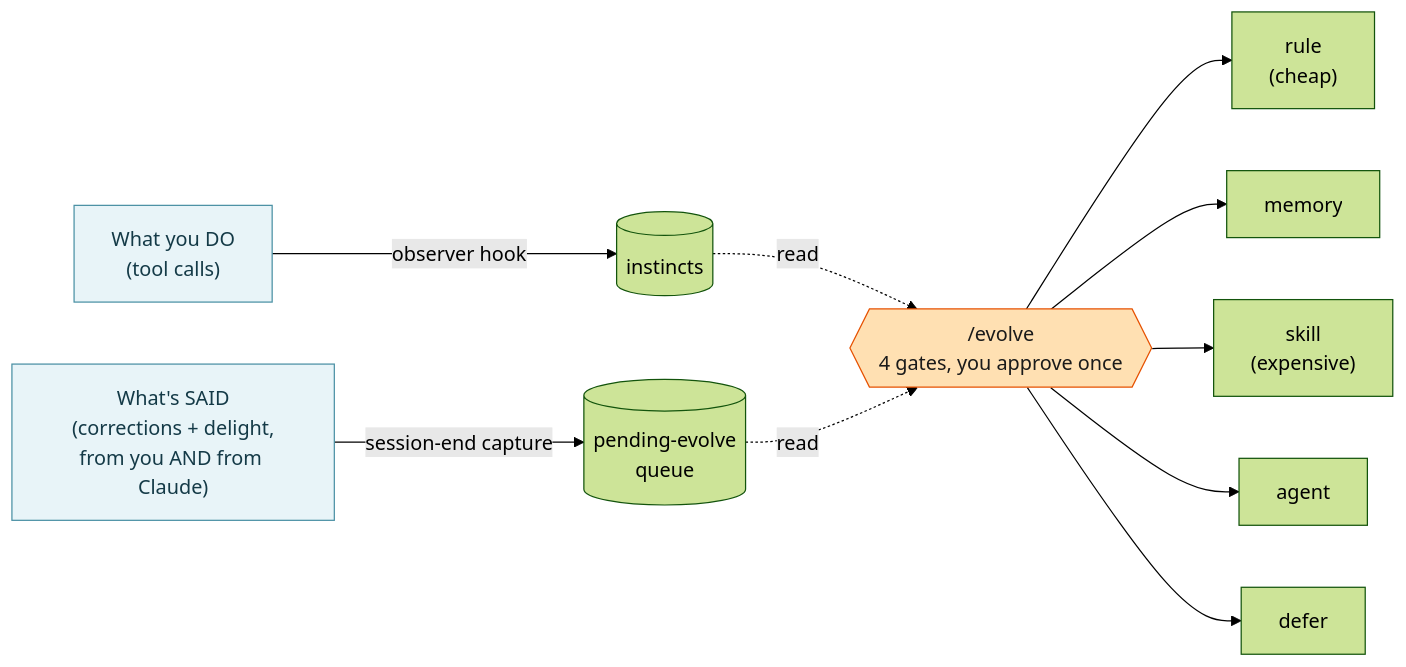
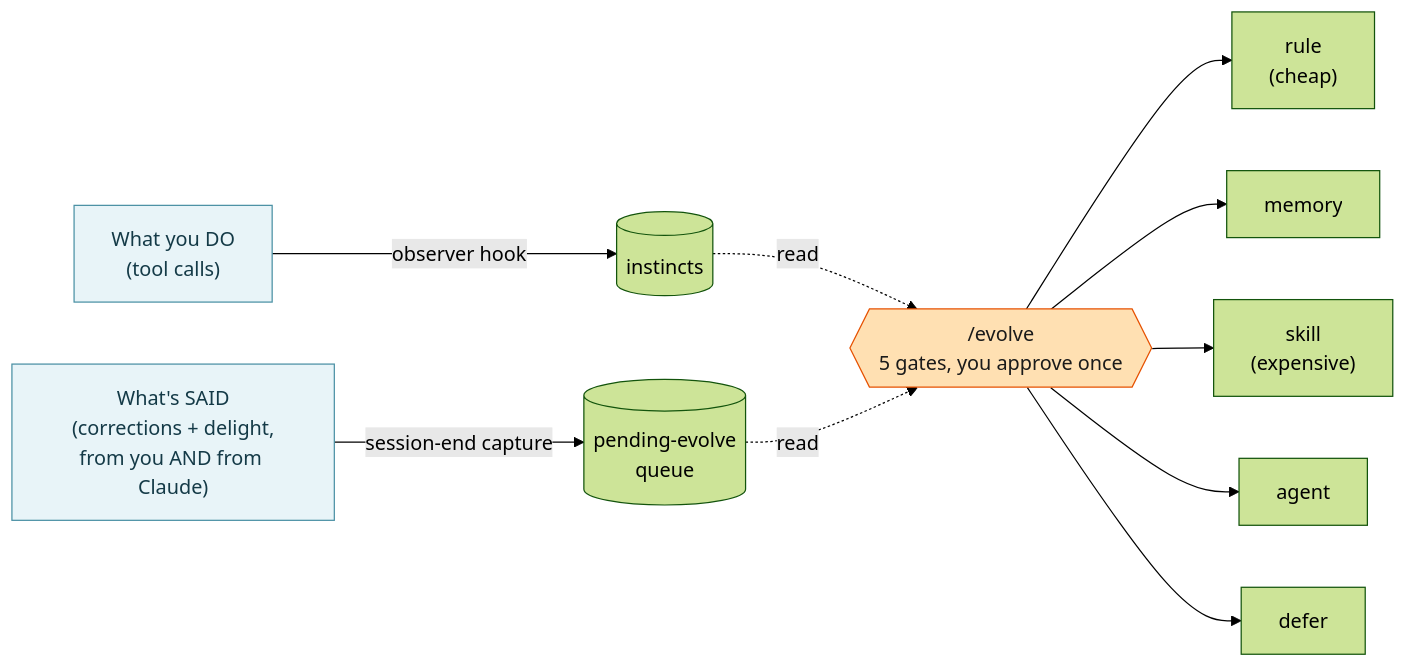
Before and after one commit to annexiao/claude-code-self-evolution: the diagram in README.md, drawn with Mermaid (forest theme). The commit also changed other lines of this file and 3 other files, not shown here.

````diff
--- a/README.md
+++ b/README.md
@@ -73,16 +73,16 @@
 ```mermaid
 flowchart LR
     A["What you DO<br/>(tool calls)"] -->|observer hook| Q1[("instincts")]
     B["What's SAID<br/>(corrections + delight,<br/>from you AND from Claude)"] -->|session-end capture| Q2[("pending-evolve<br/>queue")]
     Q1 -.read.-> E
     Q2 -.read.-> E
-    E{{"/evolve<br/>4 gates, you approve once"}}
+    E{{"/evolve<br/>5 gates, you approve once"}}
     E --> R["rule<br/>(cheap)"]
     E --> M["memory"]
     E --> S["skill<br/>(expensive)"]
     E --> AG["agent"]
     E --> X["defer"]
     style E fill:#ffe0b2,stroke:#e65100,color:#1a1a1a
     style B fill:#e8f4f8,stroke:#4a90a4,color:#143a47
     style A fill:#e8f4f8,stroke:#4a90a4,color:#143a47
 ```
````
